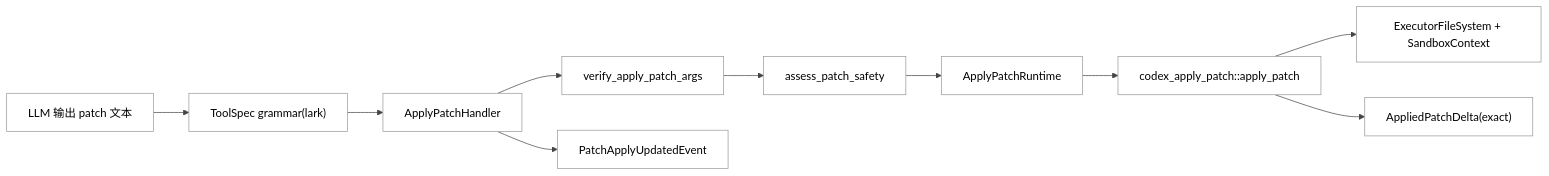
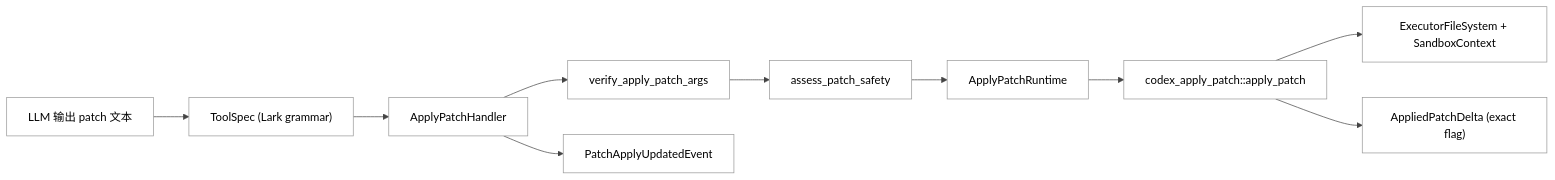
The first of 5 diagrams in Part II Source Analysis/11-apply_patch工具.md (GLBB/codex-source-analysis), drawn with Mermaid before and after one commit. The commit also changed other lines of this file and 12 other files, not shown here.

````diff
--- a/Part II Source Analysis/11-apply_patch工具.md
+++ b/Part II Source Analysis/11-apply_patch工具.md
@@ -84,13 +108,13 @@
 ```mermaid
 %%{init: {"theme":"neutral","themeCSS":"svg { background: #ffffff !important; }","themeVariables":{"background":"#ffffff","mainBkg":"#ffffff","lineColor":"#444444","textColor":"#000000","primaryTextColor":"#000000","fontFamily":"Helvetica"}}}%%
 flowchart LR
-    Model["LLM 输出 patch 文本"] --> Spec["ToolSpec grammar(lark)"]
+    Model["LLM 输出 patch 文本"] --> Spec["ToolSpec (Lark grammar)"]
     Spec --> Handler["ApplyPatchHandler"]
     Handler --> Verify["verify_apply_patch_args"]
     Verify --> Safety["assess_patch_safety"]
     Safety --> Runtime["ApplyPatchRuntime"]
     Runtime --> ApplyLib["codex_apply_patch::apply_patch"]
     ApplyLib --> FS["ExecutorFileSystem + SandboxContext"]
-    ApplyLib --> Delta["AppliedPatchDelta(exact)"]
+    ApplyLib --> Delta["AppliedPatchDelta (exact flag)"]
     Handler --> Events["PatchApplyUpdatedEvent"]
 ```
````
